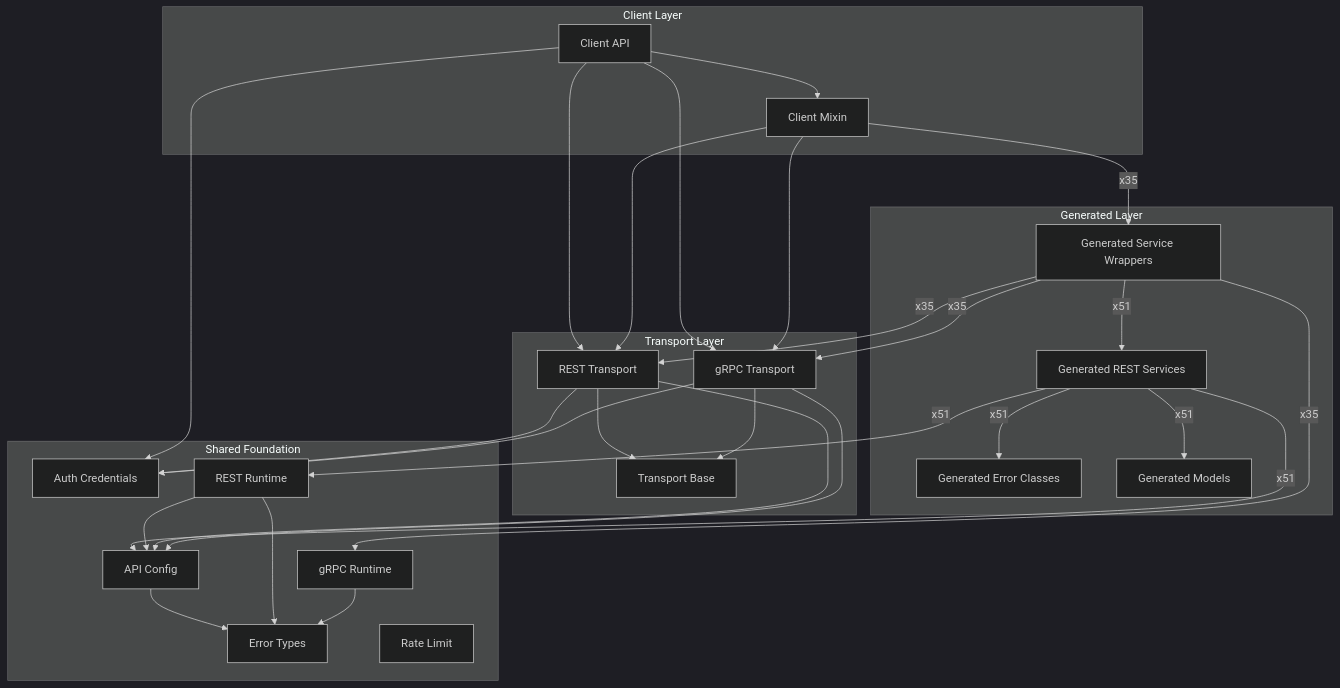
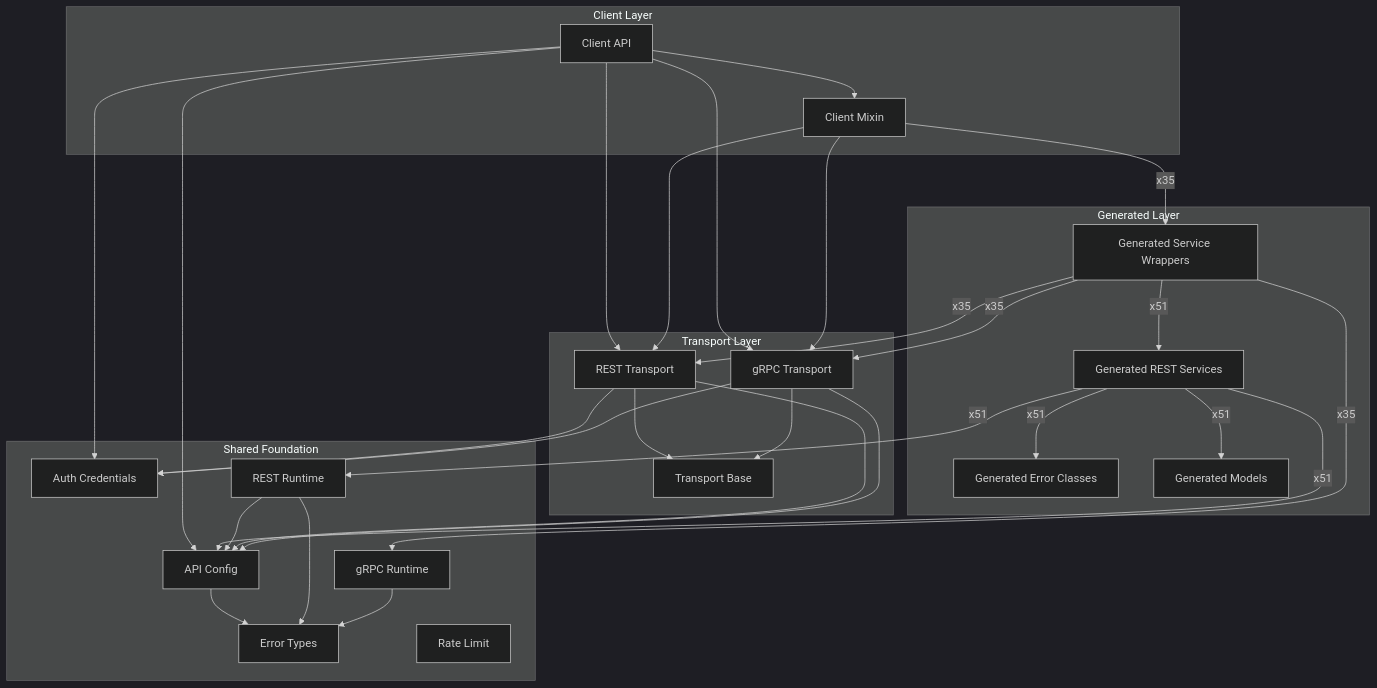
The diagram in docs/sphinx/sdk_runtime_architecture.md (alexdearaujo/community_sdk_python), drawn with Mermaid (dark theme) before and after one commit. The commit also changed 8 other files, not shown here.

````diff
--- a/docs/sphinx/sdk_runtime_architecture.md
+++ b/docs/sphinx/sdk_runtime_architecture.md
@@ -22,52 +22,53 @@
 ```mermaid
 flowchart TB
     subgraph client["Client Layer"]
         Client_API["Client API"]
         Client_Mixin["Client Mixin"]
     end
     subgraph generated["Generated Layer"]
         Generated_Error_Classes["Generated Error Classes"]
         Generated_Models["Generated Models"]
         Generated_REST_Services["Generated REST Services"]
         Generated_Service_Wrappers["Generated Service Wrappers"]
     end
     subgraph transport["Transport Layer"]
         REST_Transport["REST Transport"]
         Transport_Base["Transport Base"]
         gRPC_Transport["gRPC Transport"]
     end
     subgraph foundation["Shared Foundation"]
         API_Config["API Config"]
         Auth_Credentials["Auth Credentials"]
         Error_Types["Error Types"]
         REST_Runtime["REST Runtime"]
         Rate_Limit["Rate Limit"]
         gRPC_Runtime["gRPC Runtime"]
     end
 
     API_Config --> Error_Types
+    Client_API --> API_Config
     Client_API --> Auth_Credentials
     Client_API --> Client_Mixin
     Client_API --> REST_Transport
     Client_API --> gRPC_Transport
     Client_Mixin -->|"x35"| Generated_Service_Wrappers
     Client_Mixin --> REST_Transport
     Client_Mixin --> gRPC_Transport
     Generated_REST_Services -->|"x51"| API_Config
     Generated_REST_Services -->|"x51"| Generated_Error_Classes
     Generated_REST_Services -->|"x51"| Generated_Models
     Generated_REST_Services -->|"x51"| REST_Runtime
     Generated_Service_Wrappers -->|"x51"| Generated_REST_Services
     Generated_Service_Wrappers -->|"x35"| REST_Transport
     Generated_Service_Wrappers -->|"x35"| gRPC_Runtime
     Generated_Service_Wrappers -->|"x35"| gRPC_Transport
     REST_Runtime --> API_Config
     REST_Runtime --> Error_Types
     REST_Transport --> API_Config
     REST_Transport --> Auth_Credentials
     REST_Transport --> Transport_Base
     gRPC_Runtime --> Error_Types
     gRPC_Transport --> API_Config
     gRPC_Transport --> Auth_Credentials
     gRPC_Transport --> Transport_Base
 ```
````
